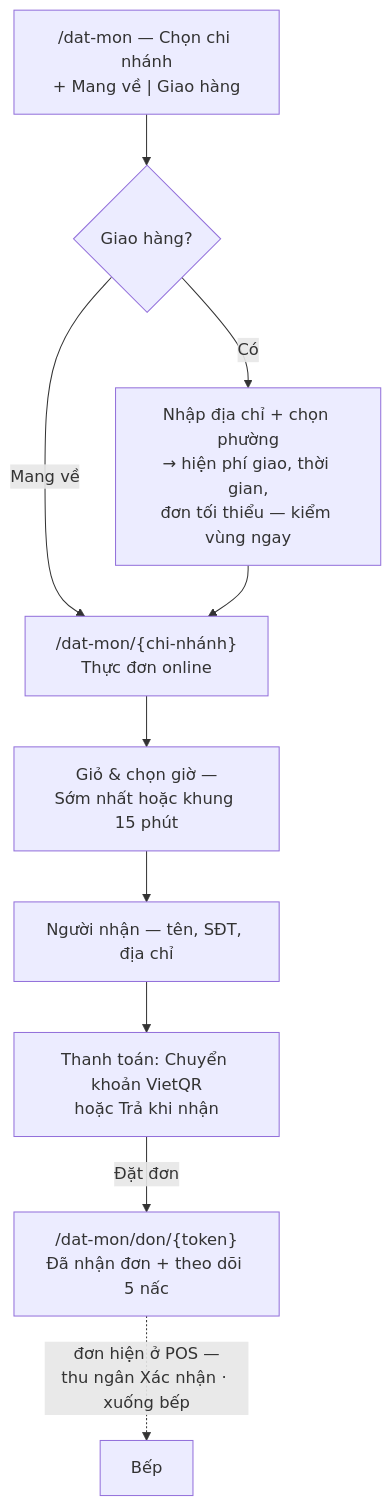
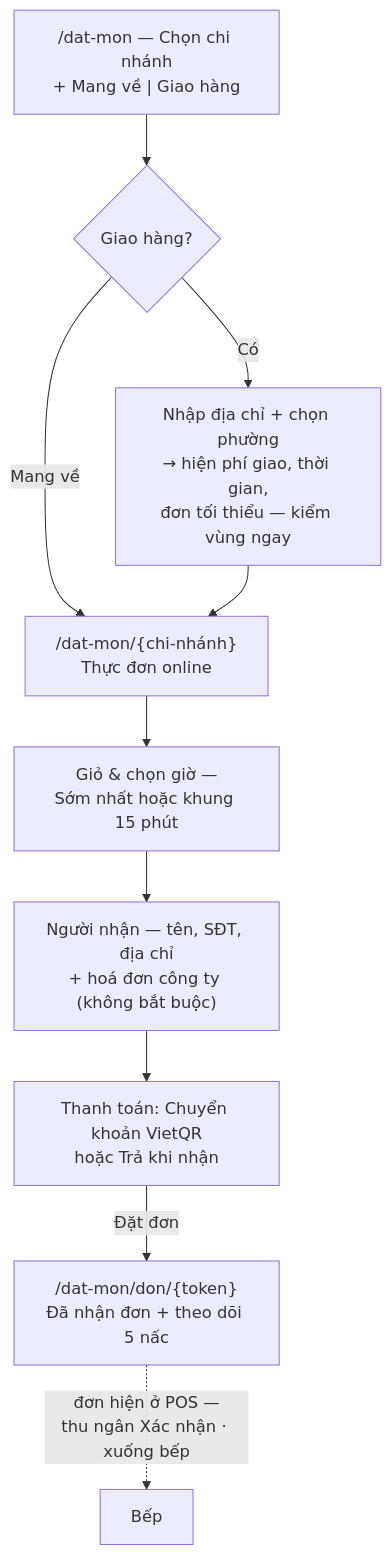
One commit to nguyendinhlong04/tokyo-sora changed the first of 2 diagrams in huong-dan-su-dung/05-website-dat-mon-dat-ban.md. Above: the diagram before and after it, drawn with Mermaid. The commit also changed other lines of this file and 13 other files, not shown here.

````diff
--- a/huong-dan-su-dung/05-website-dat-mon-dat-ban.md
+++ b/huong-dan-su-dung/05-website-dat-mon-dat-ban.md
@@ -38,12 +38,12 @@
 ```mermaid
 flowchart TD
     O1["/dat-mon — Chọn chi nhánh<br/>+ Mang về | Giao hàng"] --> V{"Giao hàng?"}
     V -- "Có" --> Z["Nhập địa chỉ + chọn phường<br/>→ hiện phí giao, thời gian,<br/>đơn tối thiểu — kiểm vùng ngay"]
     V -- "Mang về" --> O2
     Z --> O2["/dat-mon/{chi-nhánh}<br/>Thực đơn online"]
     O2 --> O4["Giỏ & chọn giờ —<br/>Sớm nhất hoặc khung 15 phút"]
-    O4 --> O5["Người nhận — tên, SĐT, địa chỉ"]
+    O4 --> O5["Người nhận — tên, SĐT, địa chỉ<br/>+ hoá đơn công ty (không bắt buộc)"]
     O5 --> O6["Thanh toán: Chuyển khoản VietQR<br/>hoặc Trả khi nhận"]
     O6 -- "Đặt đơn" --> O7["/dat-mon/don/{token}<br/>Đã nhận đơn + theo dõi 5 nấc"]
     O7 -. "đơn hiện ở POS —<br/>thu ngân Xác nhận · xuống bếp" .-> K["Bếp"]
 ```
````
